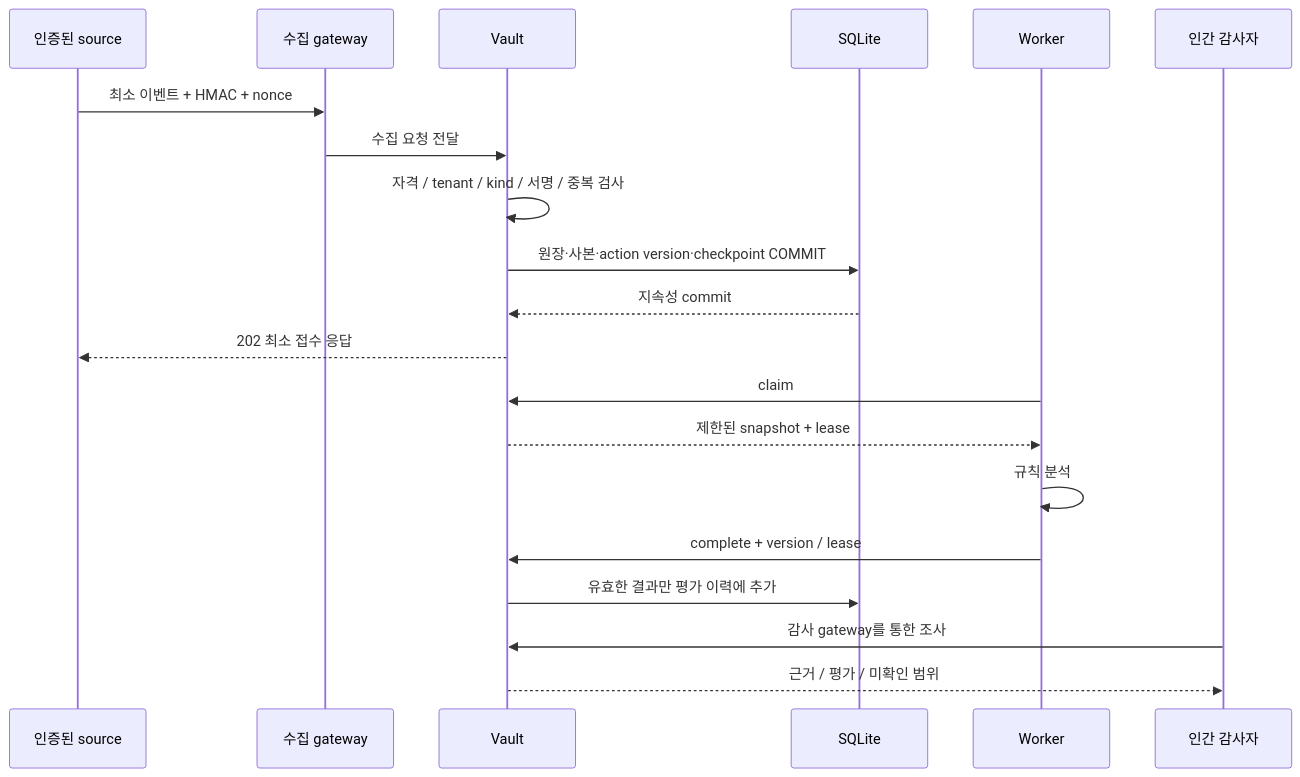
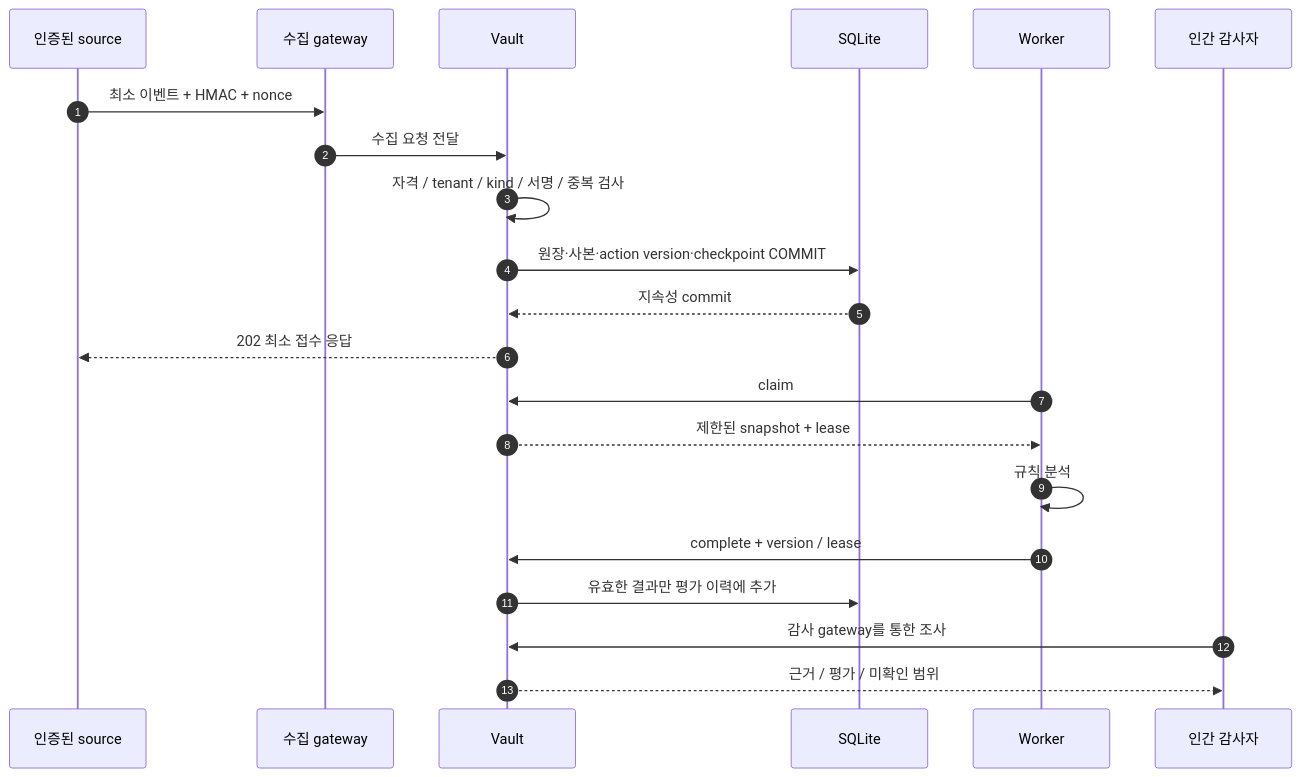
The second of 3 diagrams in docs/architecture-draft.md (ki0915/EvidScope), drawn with Mermaid before and after one commit. The commit also changed other lines of this file and 9 other files, not shown here.

Commit message:
Polish architecture and developer documentation with visual assets and PDF handbook

````diff
--- a/docs/architecture-draft.md
+++ b/docs/architecture-draft.md
@@ -56,22 +81,23 @@
 ```mermaid
 sequenceDiagram
+  autonumber
   participant S as 인증된 source
   participant G as 수집 gateway
   participant V as Vault
   participant D as SQLite
   participant W as Worker
   participant H as 인간 감사자
   S->>G: 최소 이벤트 + HMAC + nonce
   G->>V: 수집 요청 전달
   V->>V: 자격 / tenant / kind / 서명 / 중복 검사
   V->>D: 원장·사본·action version·checkpoint COMMIT
   D-->>V: 지속성 commit
   V-->>S: 202 최소 접수 응답
   W->>V: claim
   V-->>W: 제한된 snapshot + lease
   W->>W: 규칙 분석
   W->>V: complete + version / lease
   V->>D: 유효한 결과만 평가 이력에 추가
   H->>V: 감사 gateway를 통한 조사
   V-->>H: 근거 / 평가 / 미확인 범위
 ```
````
